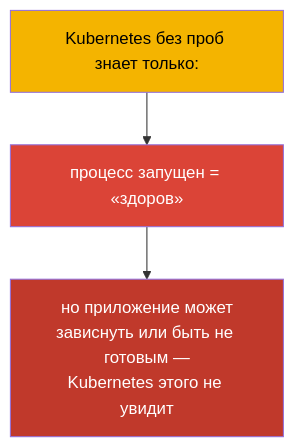
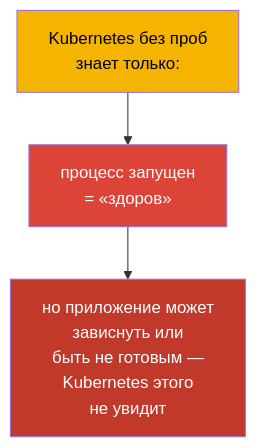
The first of 7 diagrams in tasks/cka/course/27/ru.md (ViktorUJ/cks), drawn with Mermaid before and after one commit. The commit also changed other lines of this file and 30 other files, not shown here.

````diff
--- a/tasks/cka/course/27/ru.md
+++ b/tasks/cka/course/27/ru.md
@@ -20,9 +20,9 @@
 ```mermaid
 flowchart TB
-    q["Kubernetes без проб знает только:"]
-    q --> proc["процесс запущен = «здоров»"]
-    proc --> problem["но приложение может<br>зависнуть или быть не готовым —<br>Kubernetes этого не увидит"]
+    q["Kubernetes без проб<br>знает только:"]
+    q --> proc["процесс запущен<br>= «здоров»"]
+    proc --> problem["но приложение может<br>зависнуть или<br>быть не готовым —<br>Kubernetes этого<br>не увидит"]
     style q fill:#f4b400,color:#000
     style proc fill:#db4437,color:#fff
     style problem fill:#c0392b,color:#fff
 ```
````
